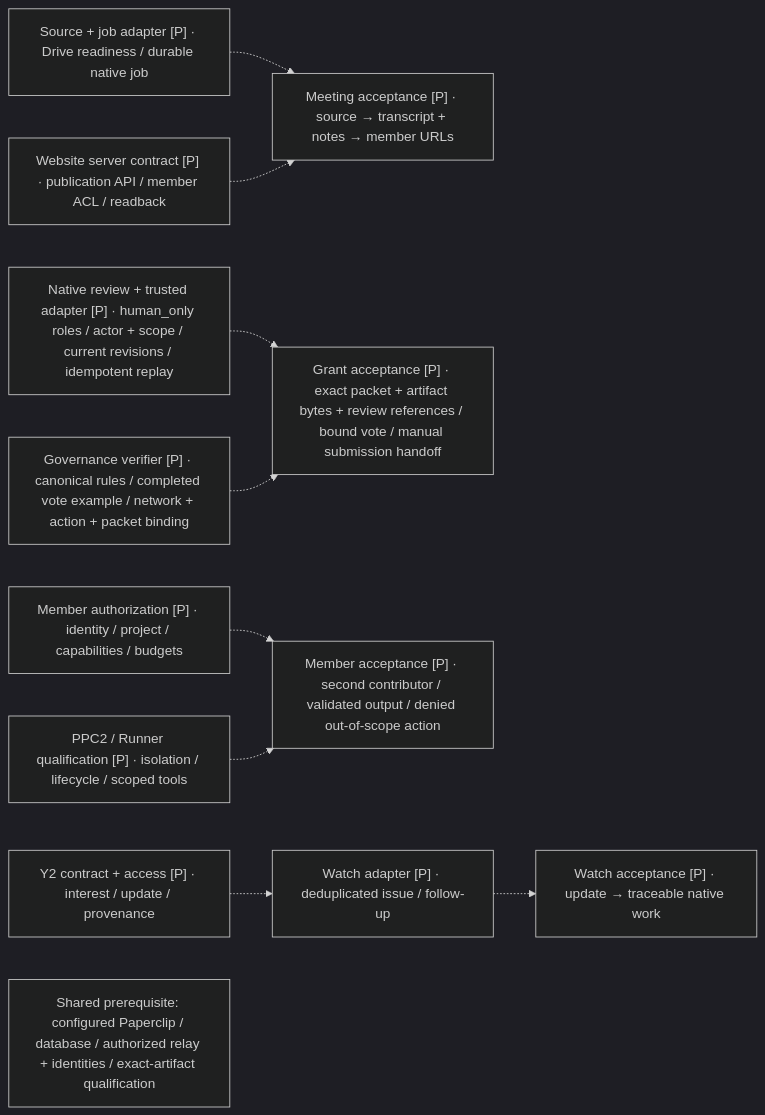
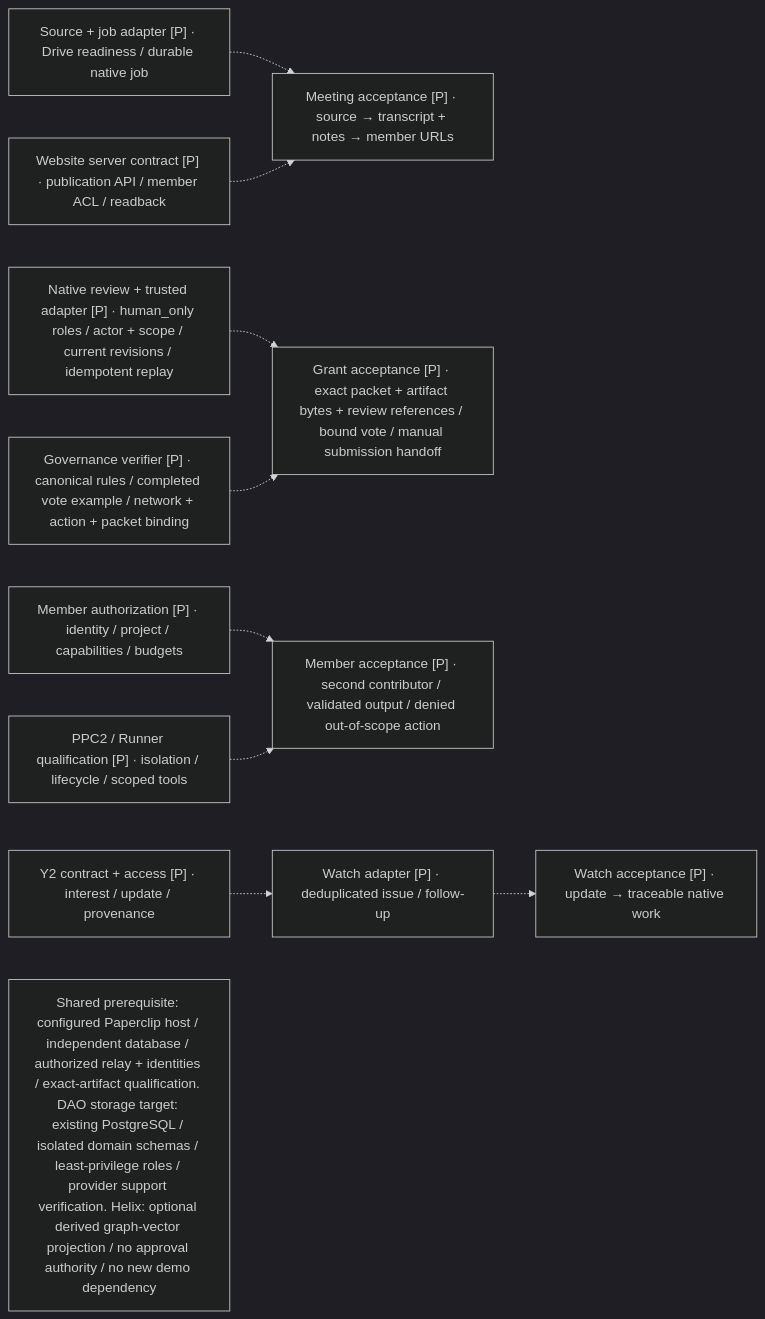
One commit to NetRxn/Inertia changed the diagram in docs/architecture/diagrams/dependency-roadmap.mmd. Above: the diagram before and after it, drawn with Mermaid (dark theme). The commit also changed 16 other files, not shown here.

Commit message:
docs: consolidate DAO PostgreSQL and Helix data architecture (r12)

```diff
--- a/docs/architecture/diagrams/dependency-roadmap.mmd
+++ b/docs/architecture/diagrams/dependency-roadmap.mmd
@@ -1,22 +1,22 @@
 flowchart LR
  M1["Source + job adapter [P] · Drive readiness / durable native job"]
  M2["Website server contract [P] · publication API / member ACL / readback"]
  M3["Meeting acceptance [P] · source → transcript + notes → member URLs"]
  G1["Native review + trusted adapter [P] · human_only roles / actor + scope / current revisions / idempotent replay"]
  G2["Governance verifier [P] · canonical rules / completed vote example / network + action + packet binding"]
  G3["Grant acceptance [P] · exact packet + artifact bytes + review references / bound vote / manual submission handoff"]
  C1["Member authorization [P] · identity / project / capabilities / budgets"]
  C2["PPC2 / Runner qualification [P] · isolation / lifecycle / scoped tools"]
  C3["Member acceptance [P] · second contributor / validated output / denied out-of-scope action"]
  Y1["Y2 contract + access [P] · interest / update / provenance"]
  Y2["Watch adapter [P] · deduplicated issue / follow-up"]
  Y3["Watch acceptance [P] · update → traceable native work"]
  M1 -.-> M3
  M2 -.-> M3
  G1 -.-> G3
  G2 -.-> G3
  C1 -.-> C3
  C2 -.-> C3
  Y1 -.-> Y2
  Y2 -.-> Y3
- note["Shared prerequisite: configured Paperclip / database / authorized relay + identities / exact-artifact qualification"]
+ note["Shared prerequisite: configured Paperclip host / independent database / authorized relay + identities / exact-artifact qualification. DAO storage target: existing PostgreSQL / isolated domain schemas / least-privilege roles / provider support verification. Helix: optional derived graph-vector projection / no approval authority / no new demo dependency"]
```
